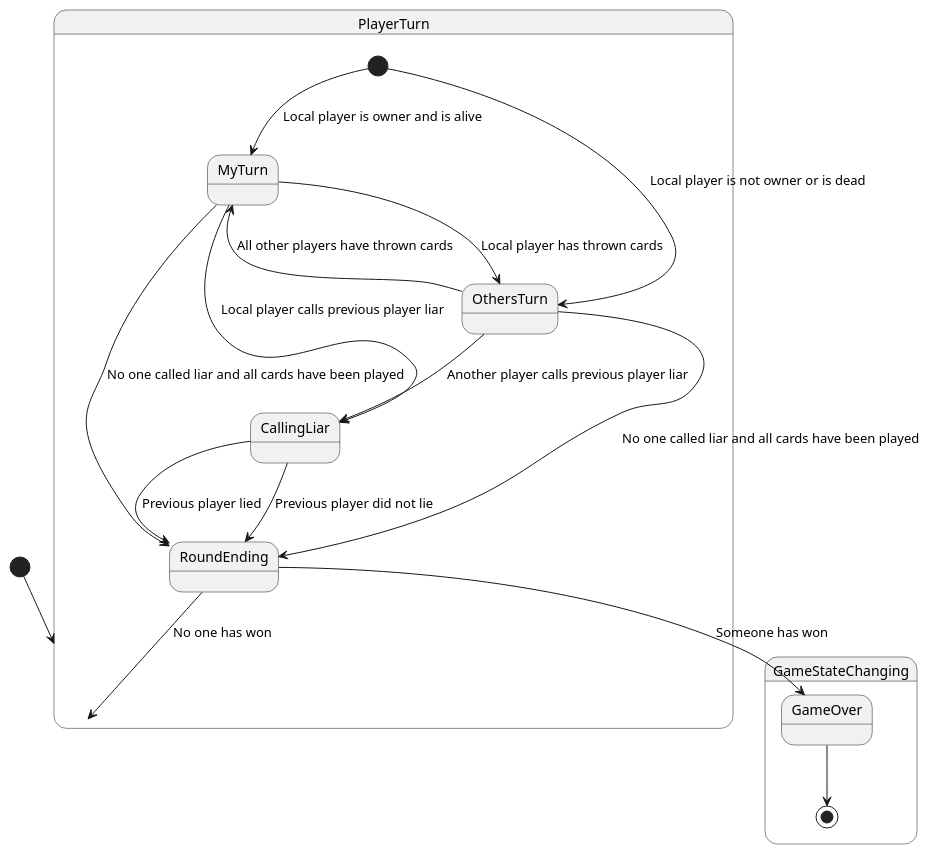
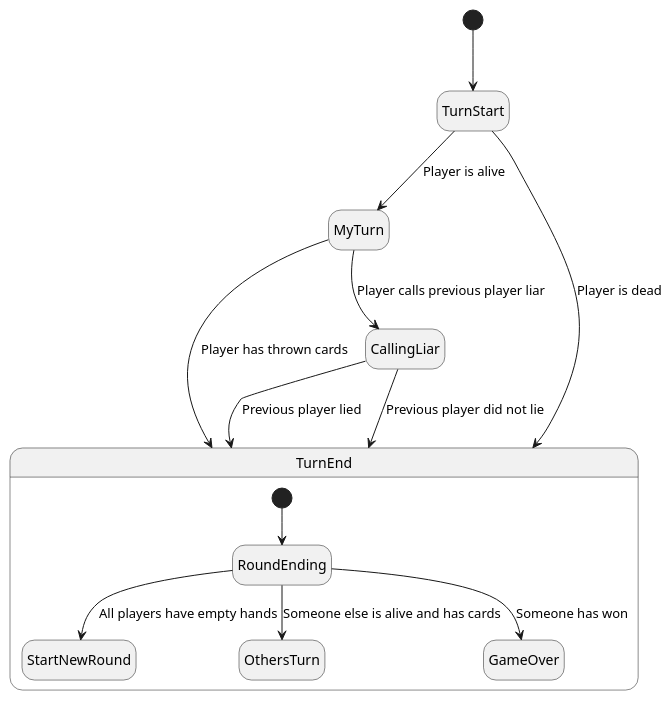
One commit to Alb-Ard/dist-sys-dubito-online changed diagram 13 of 13 in docs/report.md. Above: the diagram before and after it, drawn with PlantUML. The commit also changed other lines of this file, not shown here.

Commit message:
Simplified game state diagram

````diff
--- a/docs/report.md
+++ b/docs/report.md
@@ -561,34 +563,30 @@
 ```plantuml
 
 @startuml
+hide empty description
 
-[*] --> PlayerTurn
+[*] --> TurnStart
 
-state PlayerTurn {
-	[*] --> MyTurn : Local player is owner and is alive
-	[*] --> OthersTurn : Local player is not owner or is dead
-	
-	MyTurn --> OthersTurn : Local player has thrown cards
-	MyTurn --> CallingLiar : Local player calls previous player liar
-	MyTurn --> RoundEnding : No one called liar and all cards have been played
-	
-	OthersTurn --> MyTurn : All other players have thrown cards
-	OthersTurn --> CallingLiar : Another player calls previous player liar
-	OthersTurn --> RoundEnding : No one called liar and all cards have been played
-}
+state TurnStart <<choice>>
+TurnStart --> MyTurn : Player is alive
+TurnStart --> TurnEnd : Player is dead
 
-state GameStateChanging {
-	state CallingLiar <<choice>>
-	CallingLiar --> RoundEnding : Previous player lied
-	CallingLiar --> RoundEnding : Previous player did not lie
-	
+MyTurn --> CallingLiar : Player calls previous player liar
+MyTurn --> TurnEnd : Player has thrown cards
+
+state CallingLiar <<choice>>
+CallingLiar --> TurnEnd : Previous player lied
+CallingLiar --> TurnEnd : Previous player did not lie
+
+state TurnEnd {
+    [*] --> RoundEnding
+
 	state RoundEnding <<choice>>
-	RoundEnding --> PlayerTurn : No one has won
+	RoundEnding --> StartNewRound : All players have empty hands
+    RoundEnding --> OthersTurn : Someone else is alive and has cards
 	RoundEnding --> GameOver : Someone has won
-	
-	GameOver --> [*]
 }
 
 @enduml
 
 ```
````
